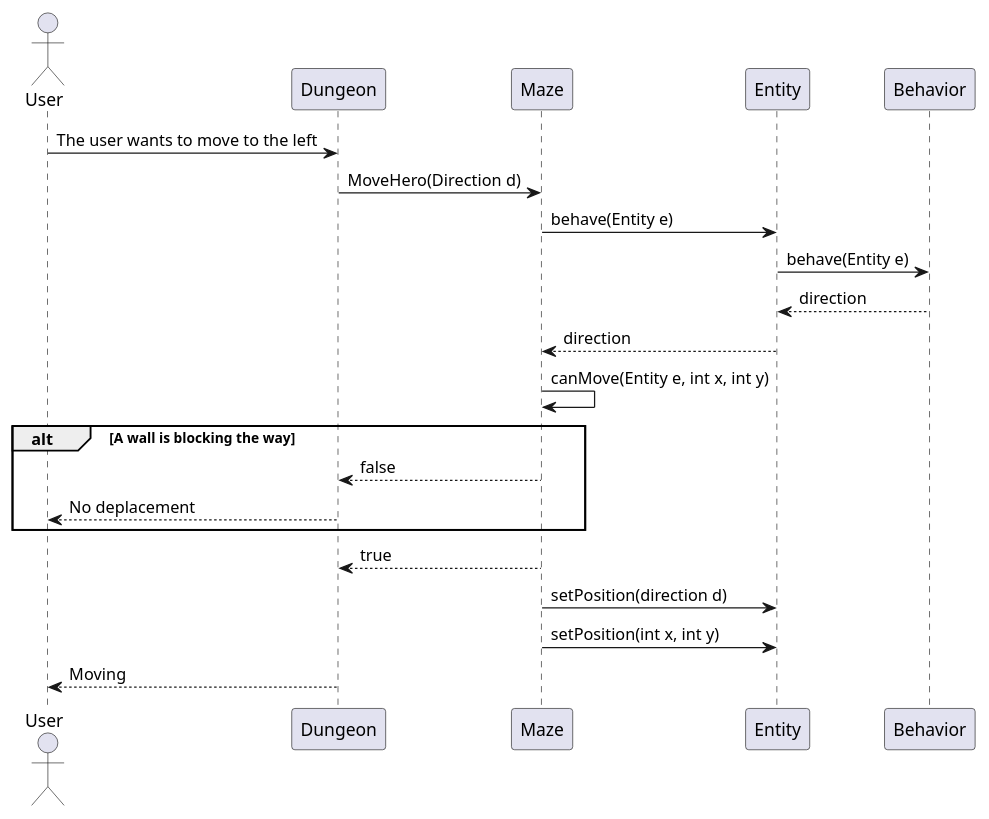
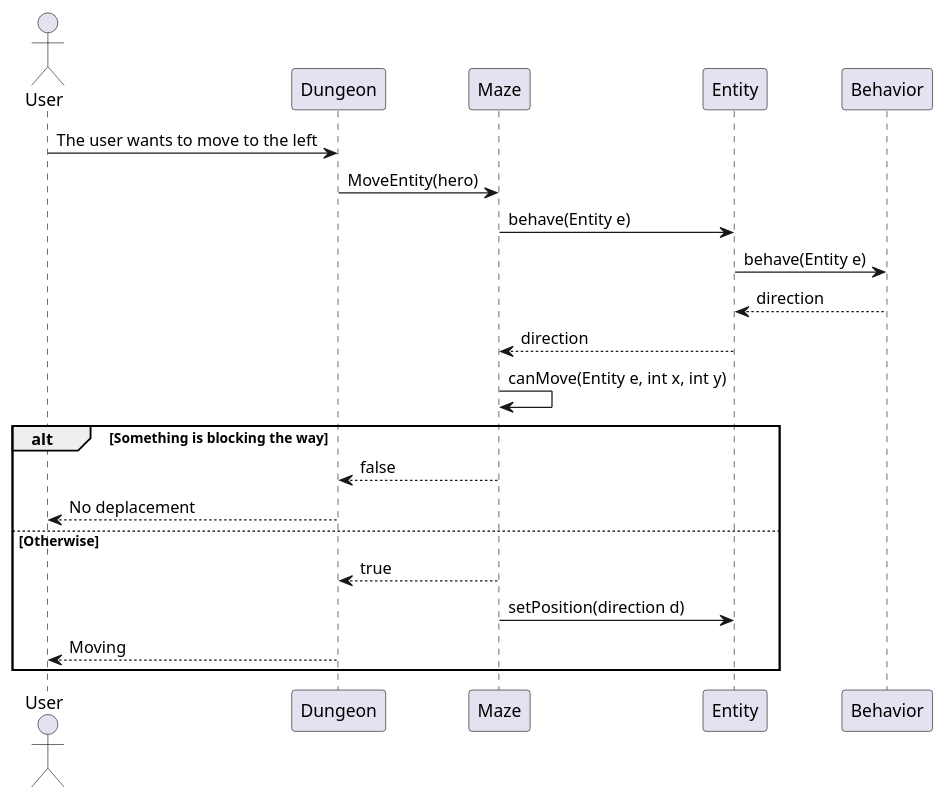
The diagram in doc/first_sprint/diagrams/sequences/move.puml (Reynault/ACL_2019_Zelpop), drawn with PlantUML before and after one commit. The commit also changed 8 other files, not shown here.

Commit message:
First sprint : Update diagrams

```diff
--- a/doc/first_sprint/diagrams/sequences/move.puml
+++ b/doc/first_sprint/diagrams/sequences/move.puml
@@ -1,18 +1,18 @@
 @startuml
 Actor User
 User -> Dungeon : The user wants to move to the left
-Dungeon -> Maze : MoveHero(Direction d)
+Dungeon -> Maze : MoveEntity(hero)
 Maze -> Entity : behave(Entity e)
 Entity -> Behavior : behave(Entity e)
 Behavior --> Entity : direction
 Entity --> Maze : direction
 Maze -> Maze : canMove(Entity e, int x, int y)
-alt A wall is blocking the way
+alt Something is blocking the way
     Maze --> Dungeon : false
     Dungeon --> User : No deplacement
-end
+else Otherwise
 Maze --> Dungeon : true
 Maze -> Entity : setPosition(direction d)
-Maze -> Entity : setPosition(int x, int y)
 Dungeon --> User : Moving
+end
 @enduml
```
